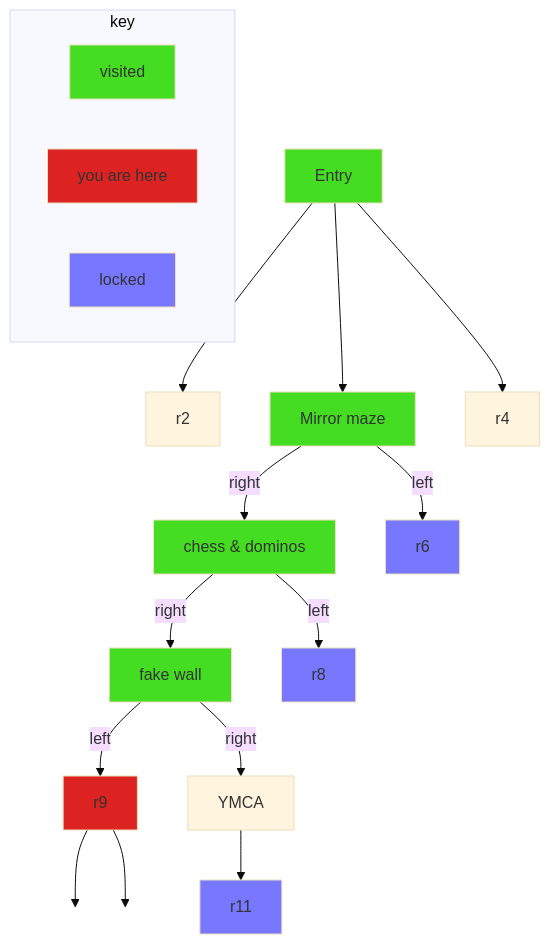
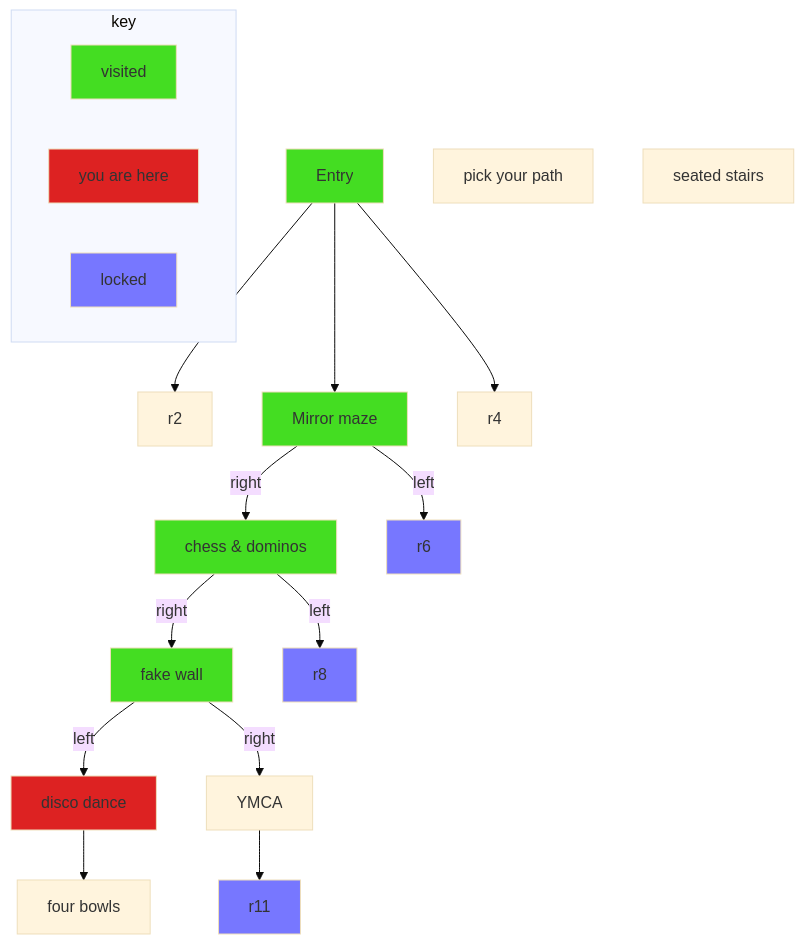
The diagram in players-map.md (mullinmax/Igors-challange), drawn with Mermaid (base theme) before and after one commit. The commit also changed other lines of this file, not shown here.

Commit message:
map is good to go, needs riddles assigned to doors still

````diff
--- a/players-map.md
+++ b/players-map.md
@@ -1,46 +1,72 @@
 ```mermaid
 graph TB;
-classDef hidden display:none;
+classDef hidden display:none,stroke:0px;
 classDef locked fill:#77F;
+classDef visited fill:#4D2;
 classDef here fill:#D22;
-classDef visited fill:#4D2;
 
 subgraph key
 key1[visited]
+class key1 visited;
 key2[you are here]
+class key2 here;
 key3[locked]
+class key3 locked;
 end
 
 r1[Entry]
 r2
 r3[Mirror maze]
 click r3 "https://github.com/mullinmax/Igors-challange/blob/master/igor-rooms.md#room-3"
 r4
 
 r1-->r2
 r1-->r3
 r1-->r4
 r3-->|right|r5
 r5[chess & dominos]
 r7[fake wall]
 r3-->|left|r6
 r5-->|right|r7
 r5-->|left|r8
 r7-->|left|r9
 r7-->|right|r10
 r10-->r11
 r10[YMCA]
-r9-->r12
+class key1,r1,r3,r5,r7,r9,10 visited;
+class key3,r8,r6,r11 locked;
+
+r9[disco dance];
+class r9 here;
 click r9 "https://github.com/mullinmax/Igors-challange/blob/master/igor-rooms.md#room-5"
 
-r9-->r6_5
-class r6_5 here;
+r9-->r12%%[four bowls]
+%%class r12 visited;
+%%class r12 here;
+class r12 locked;
+click r12 "https://github.com/mullinmax/Igors-challange/blob/master/igor-rooms.md#room-12"
+
+r6_5%%[pick your path]
+%%class r6_5 visited;
+%%class r6_5 here;
 class r6_5 hidden;
-click r6_5 "https://github.com/mullinmax/Igors-challange/blob/master/igor-rooms.md#room-7"
+%%r6_5-->t
+%%r6_5-->t
+%%r6_5-->t
+%%r6_5-->t
+%%r6_5-->t
+%%r6_5-->t
+%%r6_5-->t
+%%r6_5-->t
+%%r6_5-->t
+%%r6_5-->t
+%%r6_5-->r6_6
+click r6_5 "https://github.com/mullinmax/Igors-challange/blob/master/igor-rooms.md#room-6_5"
 
-
-class key1,r1,r3,r5,r7,r9,10 visited;
-class key2,r9 here;
-class key3,r8,r6,r11,r12 locked;
-class r12 hidden;
+6_5%%[seated stairs]
+%%class r6_6 visited;
+%%class r6_6 here;
+%%class r6_6 locked;
+class r6_6 hidden;
+click r6_6 "https://github.com/mullinmax/Igors-challange/blob/master/igor-rooms.md#room-6_6"
 ```
````
